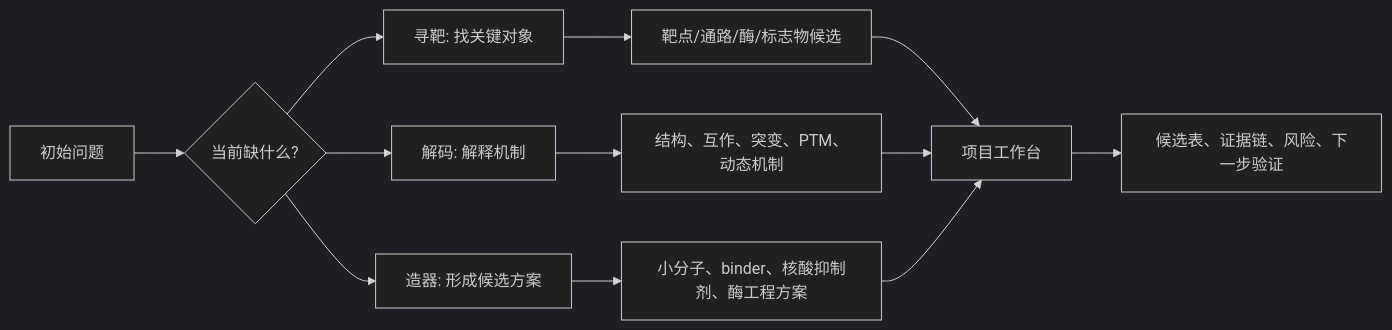
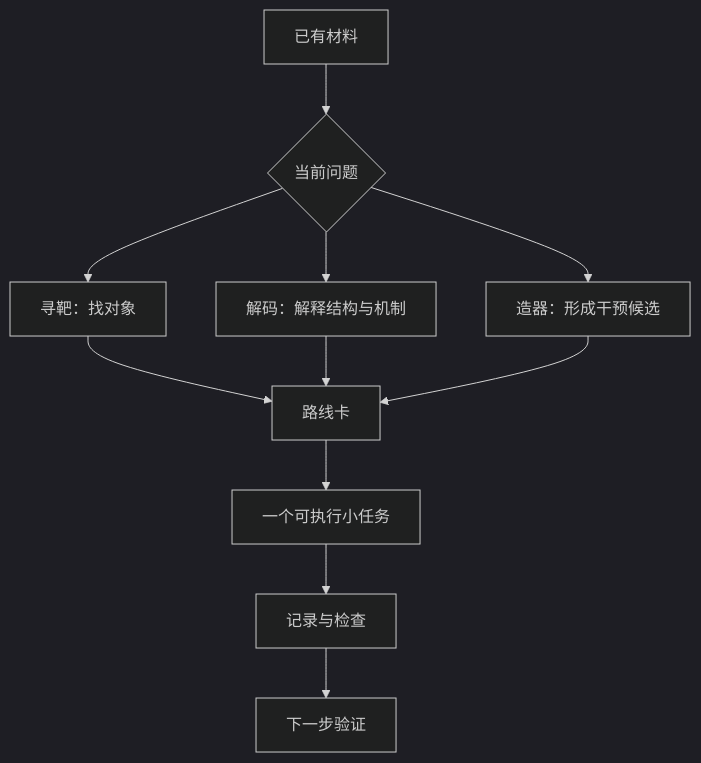
One commit to luvega/AI_MD changed the first of 2 diagrams in book/docs/chapters/chapter-12.md. Above: the diagram before and after it, drawn with Mermaid (dark theme). The commit also changed other lines of this file and 692 other files, not shown here.

````diff
--- a/book/docs/chapters/chapter-12.md
+++ b/book/docs/chapters/chapter-12.md
@@ -9,14 +7,13 @@
 ```mermaid
-flowchart LR
-    A["初始问题"] --> B{"当前缺什么?"}
-    B --> C["寻靶: 找关键对象"]
-    B --> D["解码: 解释机制"]
-    B --> E["造器: 形成候选方案"]
-    C --> F["靶点/通路/酶/标志物候选"]
-    D --> G["结构、互作、突变、PTM、动态机制"]
-    E --> H["小分子、binder、核酸抑制剂、酶工程方案"]
-    F --> I["项目工作台"]
-    G --> I
-    H --> I
-    I --> J["候选表、证据链、风险、下一步验证"]
+flowchart TD
+  A[已有材料] --> B{当前问题}
+  B --> C[寻靶：找对象]
+  B --> D[解码：解释结构与机制]
+  B --> E[造器：形成干预候选]
+  C --> F[路线卡]
+  D --> F
+  E --> F
+  F --> G[一个可执行小任务]
+  G --> H[记录与检查]
+  H --> I[下一步验证]
 ```
````
